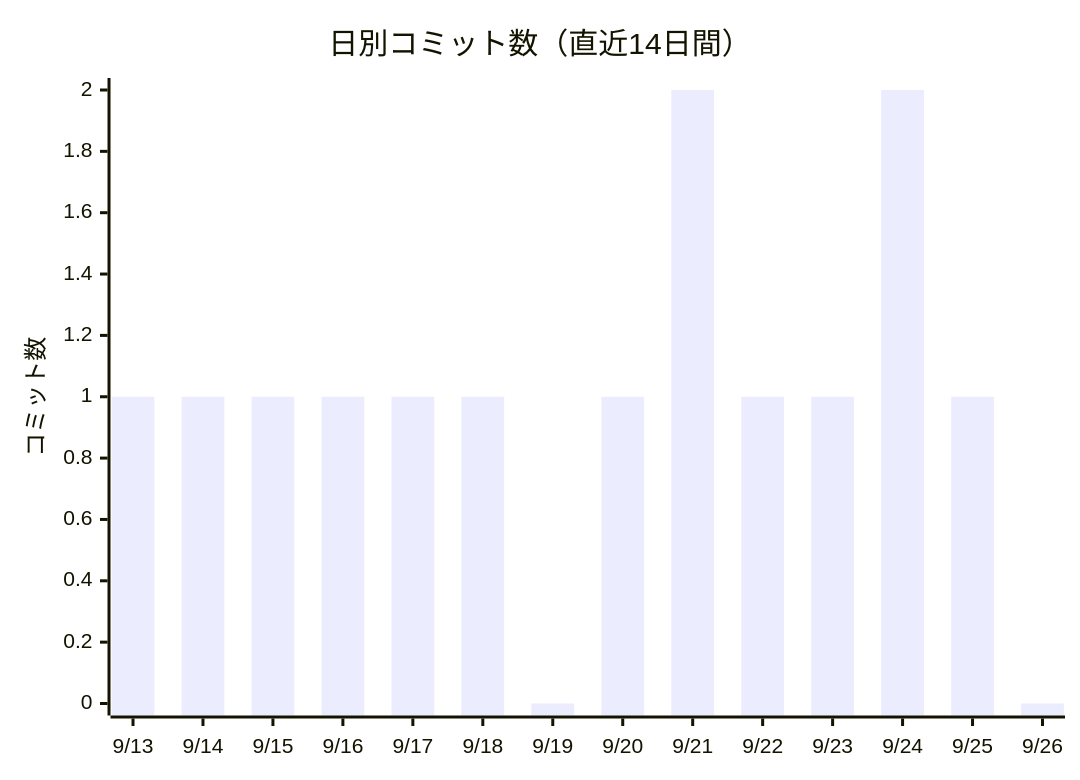
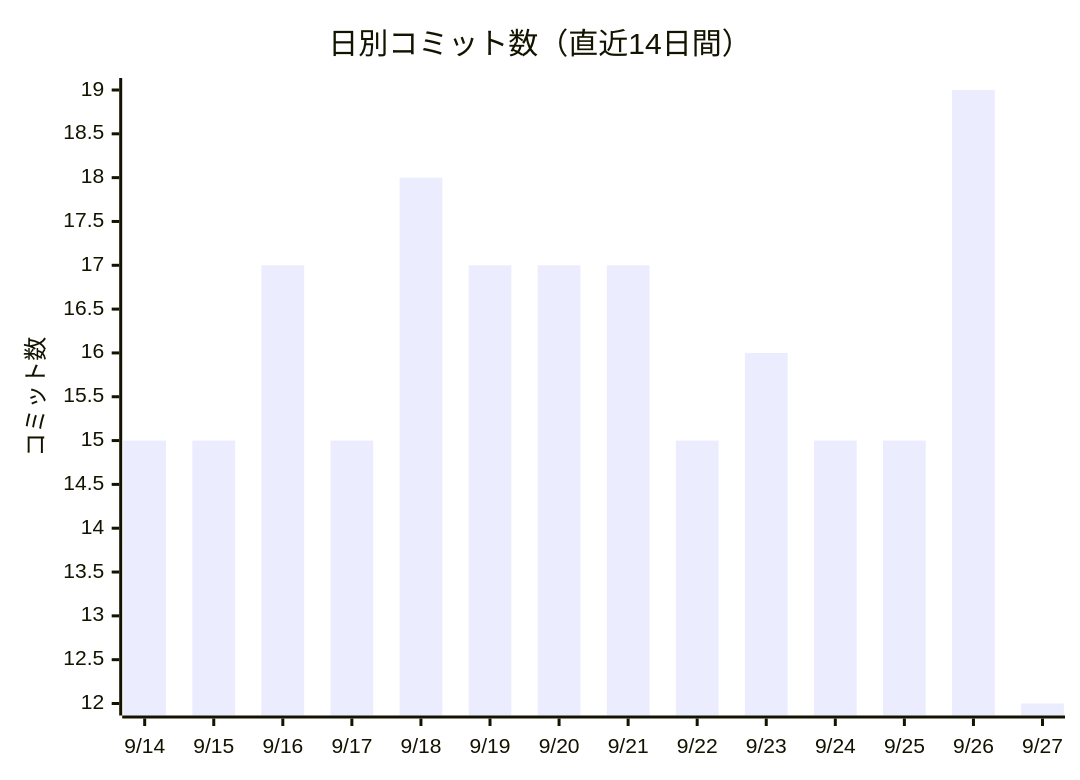
One commit to non-x2/non-x2 changed the first of 2 diagrams in docs/進化レポート.md. Above: the diagram before and after it, drawn with Mermaid. The commit also changed other lines of this file and 2 other files, not shown here.

````diff
--- a/docs/進化レポート.md
+++ b/docs/進化レポート.md
@@ -23,7 +23,7 @@
 ```mermaid
 xychart-beta
     title "日別コミット数（直近14日間）"
-    x-axis ["9/13", "9/14", "9/15", "9/16", "9/17", "9/18", "9/19", "9/20", "9/21", "9/22", "9/23", "9/24", "9/25", "9/26"]
+    x-axis ["9/14", "9/15", "9/16", "9/17", "9/18", "9/19", "9/20", "9/21", "9/22", "9/23", "9/24", "9/25", "9/26", "9/27"]
     y-axis "コミット数"
-    bar [1, 1, 1, 1, 1, 1, 0, 1, 2, 1, 1, 2, 1, 0]
+    bar [15, 15, 17, 15, 18, 17, 17, 17, 15, 16, 15, 15, 19, 12]
 ```
````
